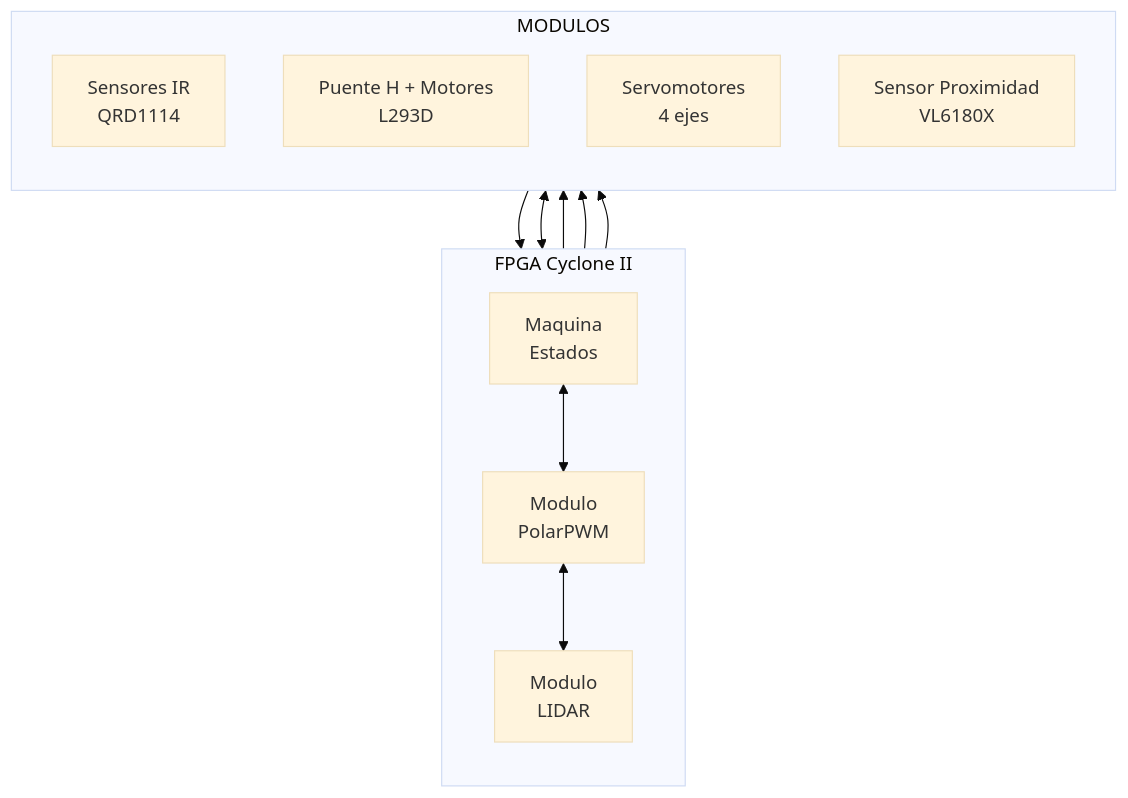
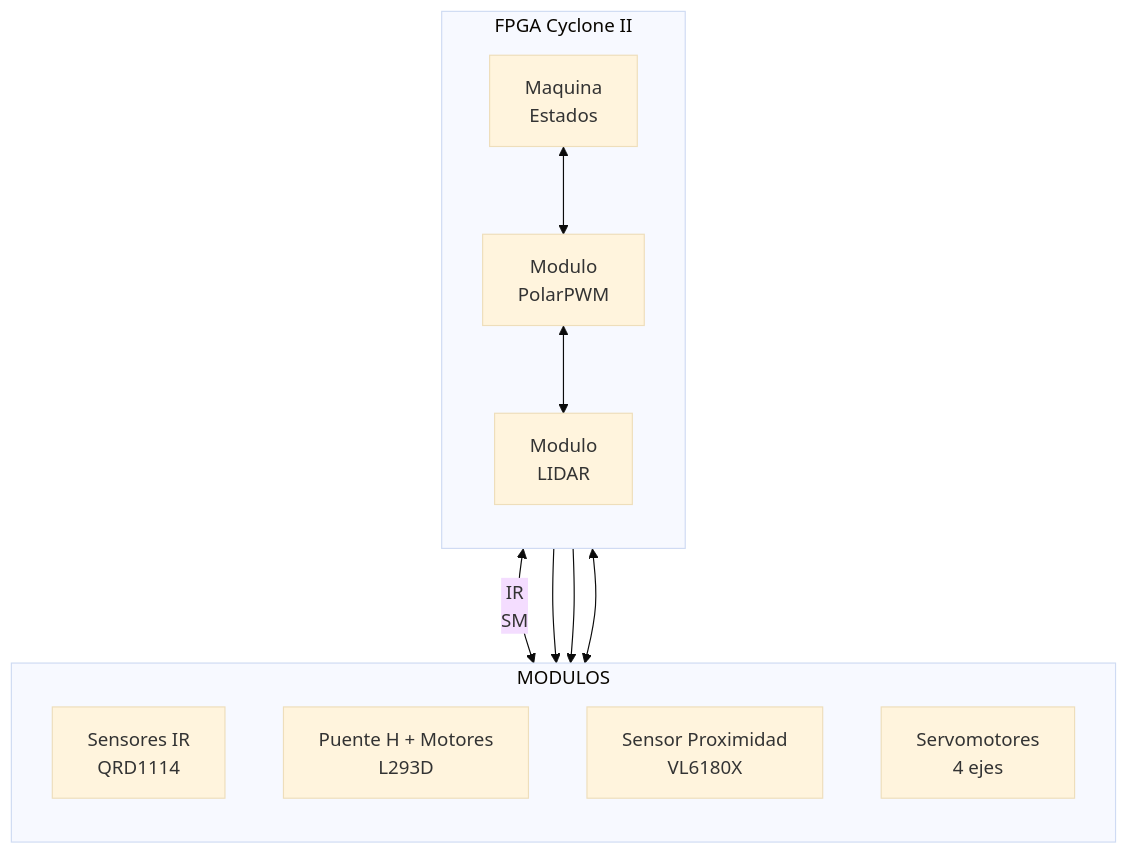
Before and after one commit to Actronix09/SeguidorLinea_Brazo: the first of 2 diagrams in README.md, drawn with Mermaid (base theme).

````diff
--- a/README.md
+++ b/README.md
@@ -82,30 +82,31 @@
 ```mermaid
 flowchart TB
 
     subgraph FPGA["FPGA Cyclone II"]
         direction TB
 
         SM["Maquina<br/>Estados"]
         PWM["Modulo<br/>PolarPWM"]
         LIDAR["Modulo<br/>LIDAR"]
 
         SM <--> PWM
         PWM <--> LIDAR
     end
 
     subgraph MODULOS
         direction TB
 
         IR["Sensores IR<br/>QRD1114"]
         HBRIDGE["Puente H + Motores<br/>L293D"]
+        PROX["Sensor Proximidad<br/>VL6180X"]
         SERVO["Servomotores<br/>4 ejes"]
-        PROX["Sensor Proximidad<br/>VL6180X"]
     end
 
-    IR --> SM
+    SM <-- IR
     SM --> HBRIDGE
 
-    PROX <--> LIDAR
     PWM --> SERVO
+
     LIDAR --> SERVO
+    LIDAR <--> PROX
 ```
````
